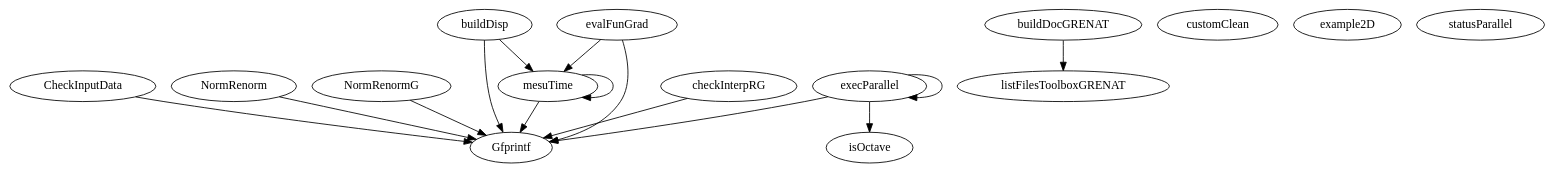
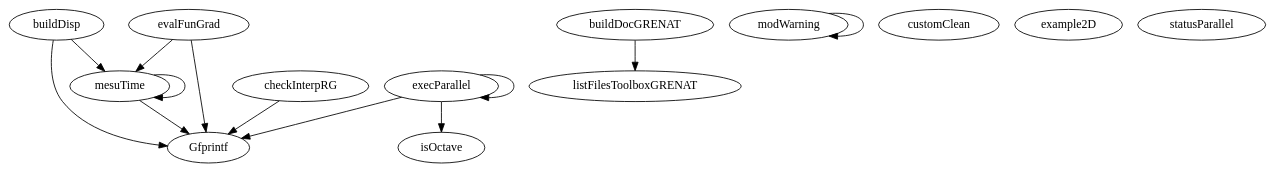
One commit to luclaurent/GRENAT changed the diagram in doc/GRENAT/src/various/graph.dot. Above: the diagram before and after it, drawn with Graphviz. The commit also changed 333 other files, not shown here.

```diff
--- a/doc/GRENAT/src/various/graph.dot
+++ b/doc/GRENAT/src/various/graph.dot
@@ -1,33 +1,29 @@
 /* Created by mdot for Matlab */
 digraph m2html {
-  CheckInputData -> Gfprintf;
-  NormRenorm -> Gfprintf;
-  NormRenormG -> Gfprintf;
   buildDisp -> Gfprintf;
   buildDisp -> mesuTime;
   buildDocGRENAT -> listFilesToolboxGRENAT;
   checkInterpRG -> Gfprintf;
   evalFunGrad -> Gfprintf;
   evalFunGrad -> mesuTime;
   execParallel -> Gfprintf;
   execParallel -> execParallel;
   execParallel -> isOctave;
   mesuTime -> Gfprintf;
   mesuTime -> mesuTime;
+  modWarning -> modWarning;
 
-  CheckInputData [URL="CheckInputData.html"];
   Gfprintf [URL="Gfprintf.html"];
-  NormRenorm [URL="NormRenorm.html"];
-  NormRenormG [URL="NormRenormG.html"];
   buildDisp [URL="buildDisp.html"];
   buildDocGRENAT [URL="buildDocGRENAT.html"];
   checkInterpRG [URL="checkInterpRG.html"];
   customClean [URL="customClean.html"];
   evalFunGrad [URL="evalFunGrad.html"];
   example2D [URL="example2D.html"];
   execParallel [URL="execParallel.html"];
   isOctave [URL="isOctave.html"];
   listFilesToolboxGRENAT [URL="listFilesToolboxGRENAT.html"];
   mesuTime [URL="mesuTime.html"];
+  modWarning [URL="modWarning.html"];
   statusParallel [URL="statusParallel.html"];
 }
```
